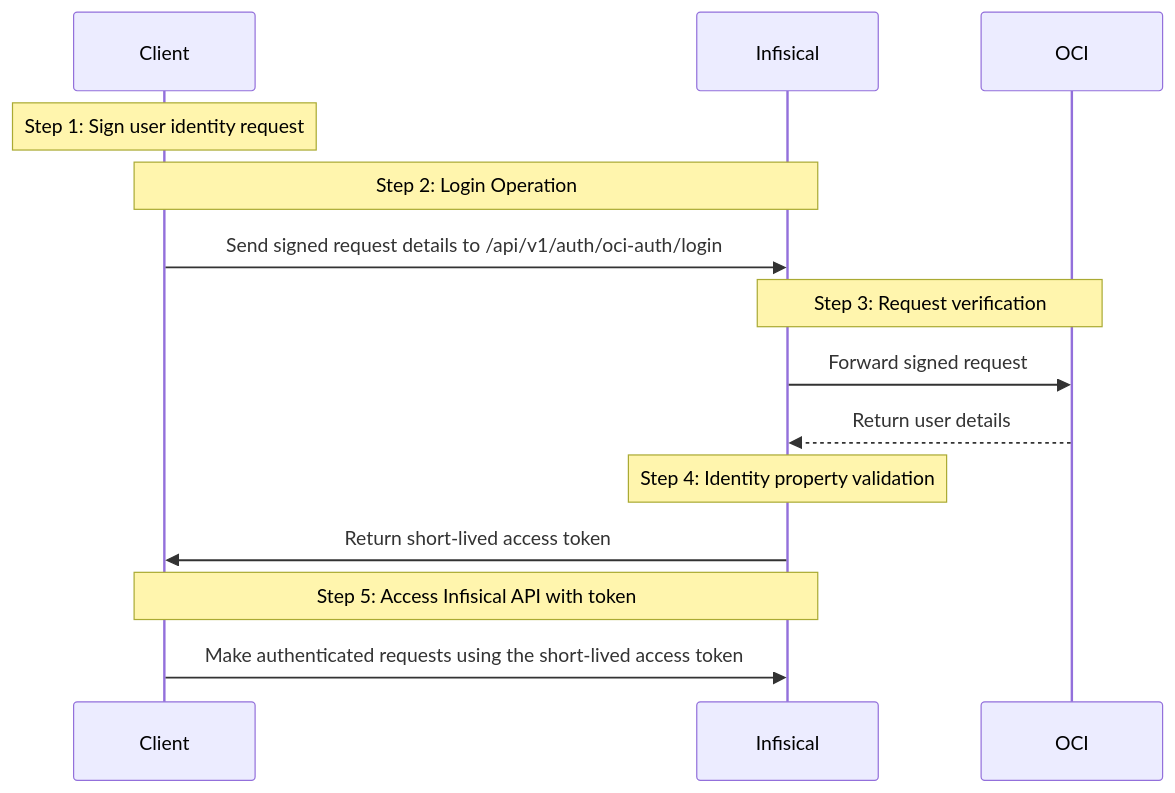
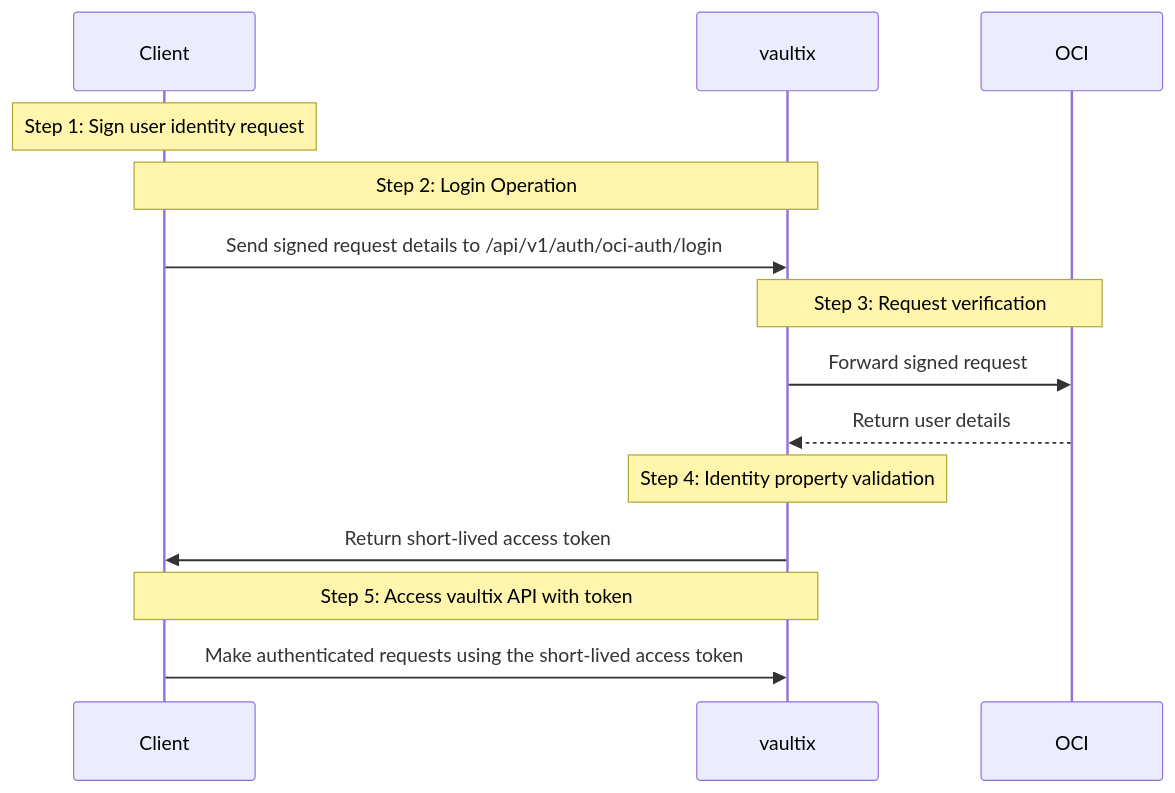
One commit to shippinAI/vaultix changed the diagram in core/docs/documentation/platform/identities/oci-auth.mdx. Above: the diagram before and after it, drawn with Mermaid. The commit also changed other lines of this file and 1202 other files, not shown here.

````diff
--- a/core/docs/documentation/platform/identities/oci-auth.mdx
+++ b/core/docs/documentation/platform/identities/oci-auth.mdx
@@ -12,21 +12,21 @@
 ```mermaid
 sequenceDiagram
   participant Client
-  participant Infisical
+  participant vaultix
   participant OCI
 
   Note over Client,Client: Step 1: Sign user identity request
 
-  Note over Client,Infisical: Step 2: Login Operation
-  Client->>Infisical: Send signed request details to /api/v1/auth/oci-auth/login
+  Note over Client,vaultix: Step 2: Login Operation
+  Client->>vaultix: Send signed request details to /api/v1/auth/oci-auth/login
 
-  Note over Infisical,OCI: Step 3: Request verification
-  Infisical->>OCI: Forward signed request
-  OCI-->>Infisical: Return user details
+  Note over vaultix,OCI: Step 3: Request verification
+  vaultix->>OCI: Forward signed request
+  OCI-->>vaultix: Return user details
 
-  Note over Infisical: Step 4: Identity property validation
-  Infisical->>Client: Return short-lived access token
+  Note over vaultix: Step 4: Identity property validation
+  vaultix->>Client: Return short-lived access token
 
-  Note over Client,Infisical: Step 5: Access Infisical API with token
-  Client->>Infisical: Make authenticated requests using the short-lived access token
+  Note over Client,vaultix: Step 5: Access vaultix API with token
+  Client->>vaultix: Make authenticated requests using the short-lived access token
 ```
````
